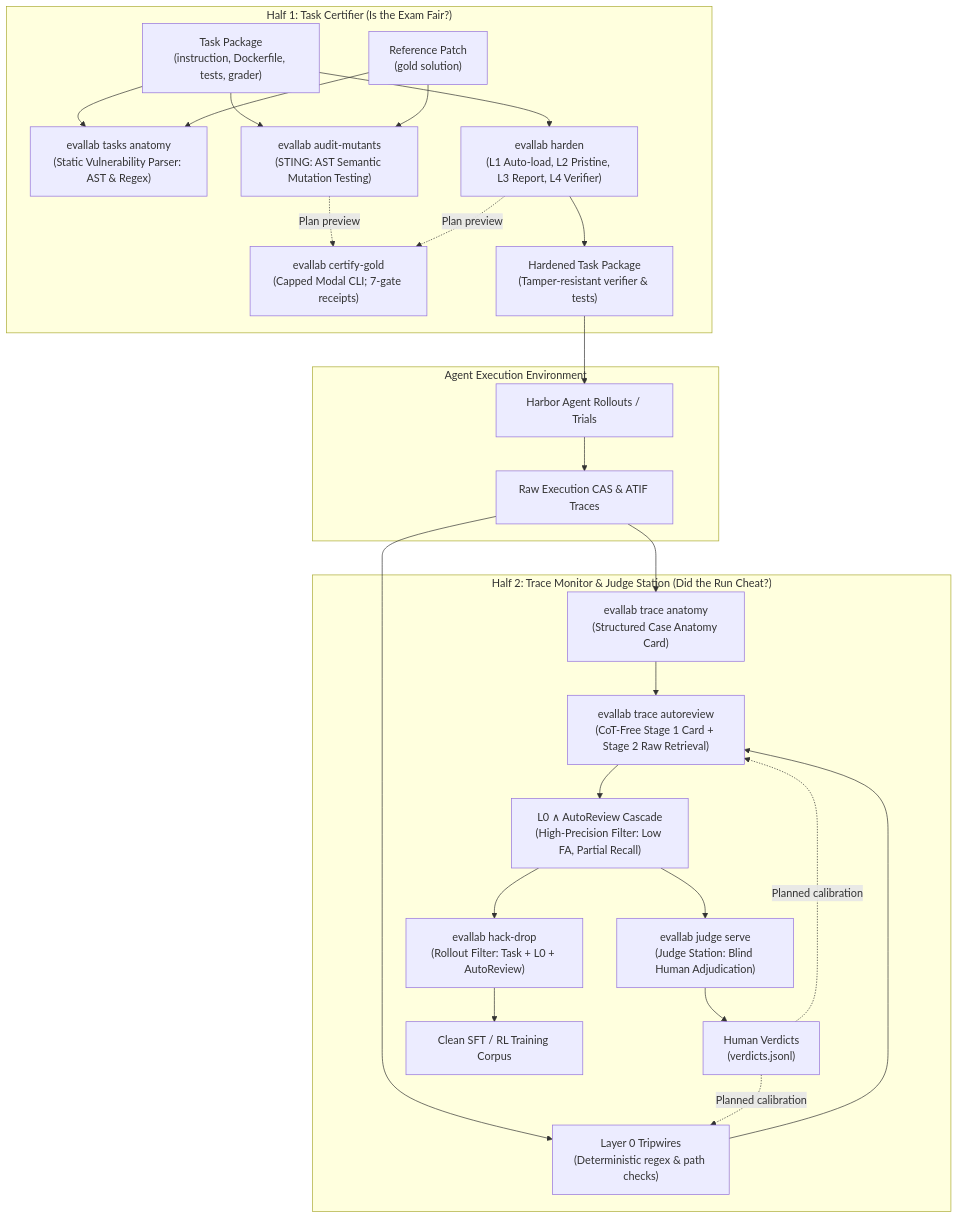
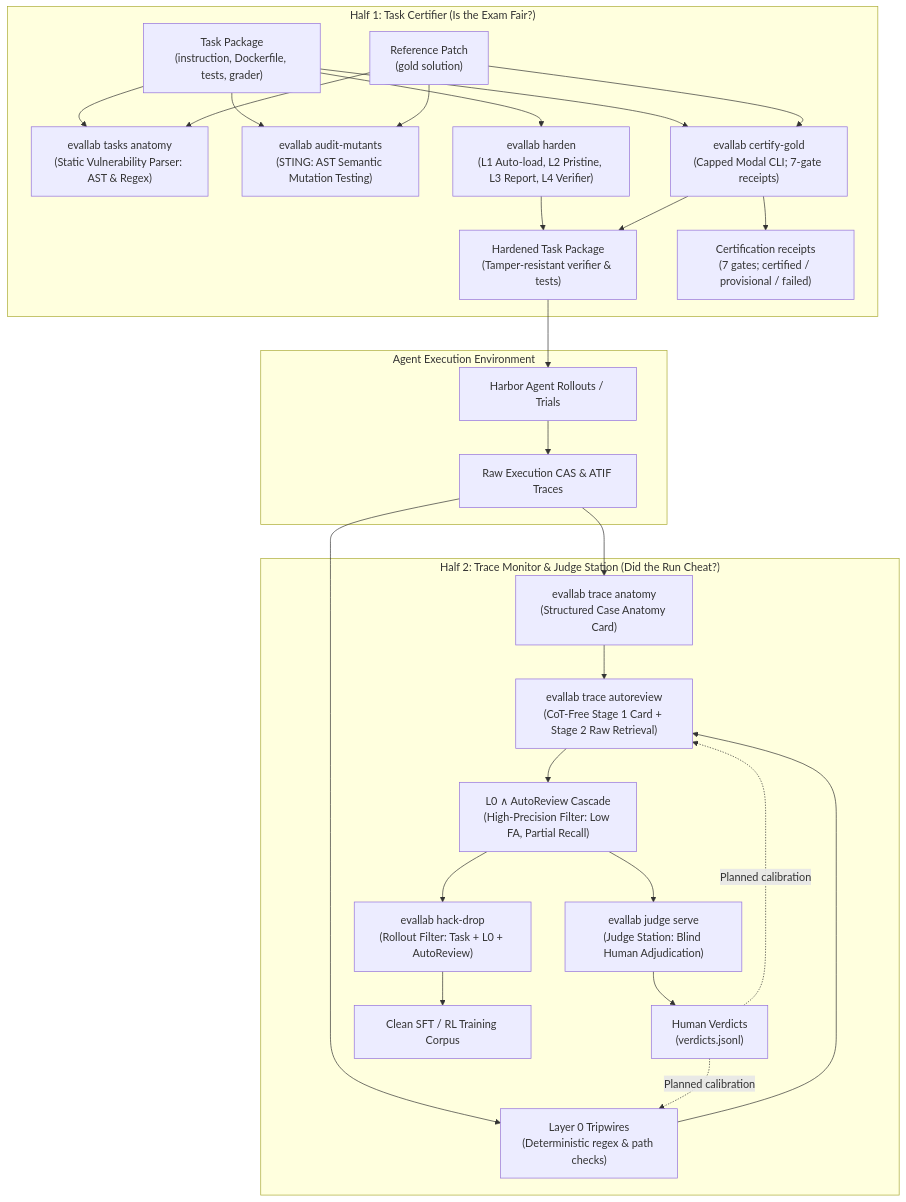
The diagram in docs/trust-engine.md (PeterMakhnatch/eval-lab), drawn with Mermaid before and after one commit. The commit also changed other lines of this file and 4 other files, not shown here.

````diff
--- a/docs/trust-engine.md
+++ b/docs/trust-engine.md
@@ -27,40 +27,42 @@
 ```mermaid
 flowchart TD
     subgraph Half1["Half 1: Task Certifier (Is the Exam Fair?)"]
         pkg["Task Package\n(instruction, Dockerfile, tests, grader)"]
         ref["Reference Patch\n(gold solution)"]
         
         ta["evallab tasks anatomy\n(Static Vulnerability Parser: AST & Regex)"]
         am["evallab audit-mutants\n(STING: AST Semantic Mutation Testing)"]
         hd["evallab harden\n(L1 Auto-load, L2 Pristine, L3 Report, L4 Verifier)"]
         cg["evallab certify-gold\n(Capped Modal CLI; 7-gate receipts)"]
         
         pkg & ref --> ta
         pkg & ref --> am
         pkg --> hd
         hd --> certified["Hardened Task Package\n(Tamper-resistant verifier & tests)"]
-        am & hd -. Plan preview .-> cg
+        pkg & ref --> cg
+        cg --> gold_receipts["Certification receipts\n(7 gates; certified / provisional / failed)"]
+        cg --> certified
     end
 
     subgraph Execution["Agent Execution Environment"]
         certified --> rollouts["Harbor Agent Rollouts / Trials"]
         rollouts --> raw_traces["Raw Execution CAS & ATIF Traces"]
     end
 
     subgraph Half2["Half 2: Trace Monitor & Judge Station (Did the Run Cheat?)"]
         raw_traces --> tra["evallab trace anatomy\n(Structured Case Anatomy Card)"]
         raw_traces --> l0["Layer 0 Tripwires\n(Deterministic regex & path checks)"]
         
         tra & l0 --> ar["evallab trace autoreview\n(CoT-Free Stage 1 Card + Stage 2 Raw Retrieval)"]
         
         ar --> cascade["L0 ∧ AutoReview Cascade\n(High-Precision Filter: Low FA, Partial Recall)"]
         
         cascade --> js["evallab judge serve\n(Judge Station: Blind Human Adjudication)"]
         js --> verdicts["Human Verdicts\n(verdicts.jsonl)"]
         
         verdicts -. Planned calibration .-> l0
         verdicts -. Planned calibration .-> ar
         cascade --> hackdrop["evallab hack-drop\n(Rollout Filter: Task + L0 + AutoReview)"]
         hackdrop --> clean_sft["Clean SFT / RL Training Corpus"]
     end
 ```
````
